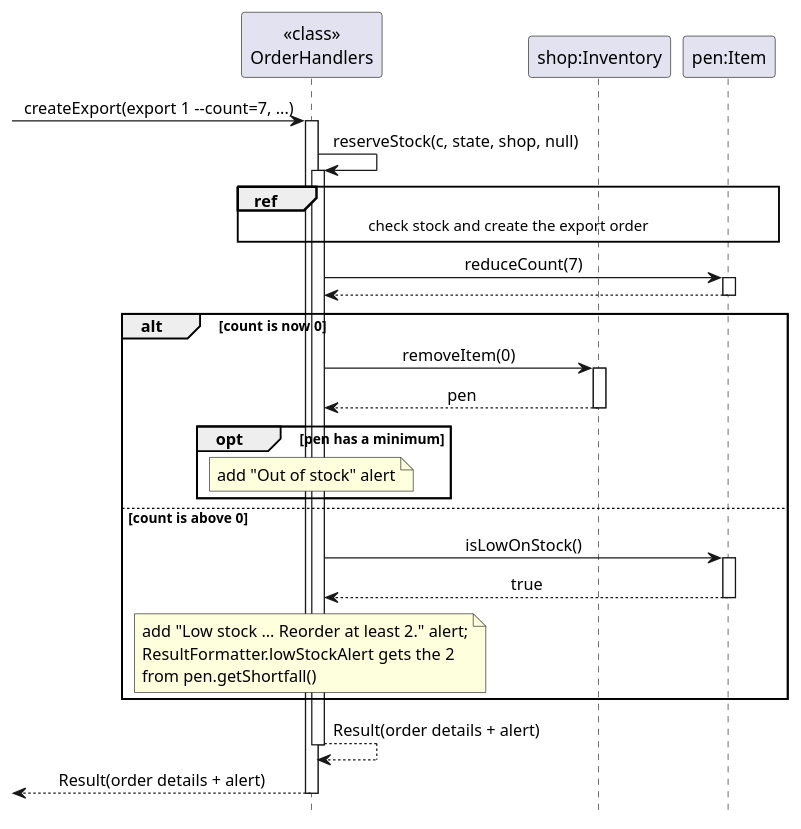
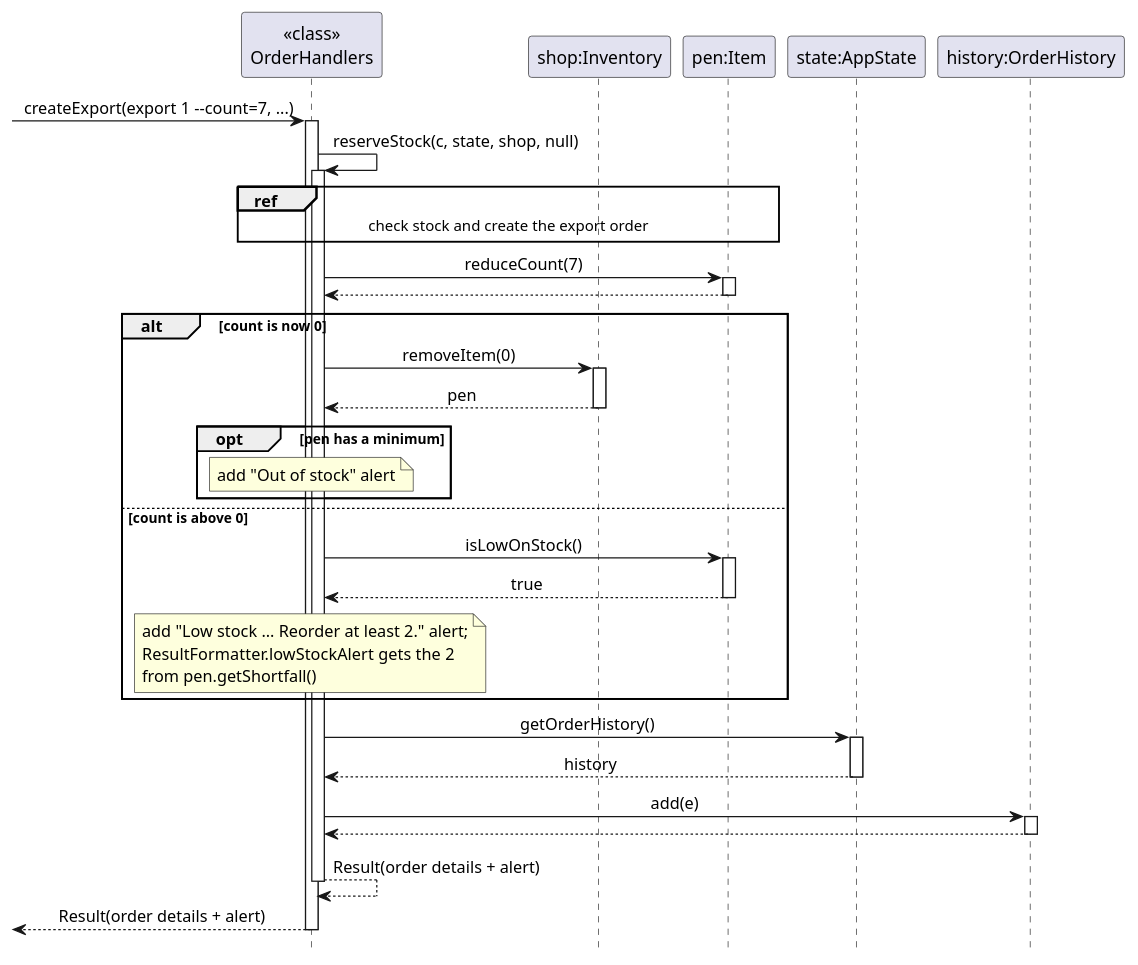
The diagram in docs/diagrams/LowStockExportSequence.puml (AY2627S1-CS2113-W14-4/tp), drawn with PlantUML before and after one commit. The commit also changed 1 other file, not shown here.

Commit message:
Show export order being added to order history

```diff
--- a/docs/diagrams/LowStockExportSequence.puml
+++ b/docs/diagrams/LowStockExportSequence.puml
@@ -1,45 +1,56 @@
 @startuml
 hide footbox
 skinparam sequenceMessageAlign center
 
 participant "<<class>>\nOrderHandlers" as Processor
 participant "shop:Inventory" as Inventory
 participant "pen:Item" as Item
+participant "state:AppState" as State
+participant "history:OrderHistory" as History
 
 [-> Processor : createExport(export 1 --count=7, ...)
 activate Processor
 Processor -> Processor : reserveStock(c, state, shop, null)
 activate Processor
 
 ref over Processor, Item : check stock and create the export order
 
 Processor -> Item : reduceCount(7)
 activate Item
 Item --> Processor
 deactivate Item
 
 alt count is now 0
     Processor -> Inventory : removeItem(0)
     activate Inventory
     Inventory --> Processor : pen
     deactivate Inventory
     opt pen has a minimum
         note over Processor : add "Out of stock" alert
     end
 else count is above 0
     Processor -> Item : isLowOnStock()
     activate Item
     Item --> Processor : true
     deactivate Item
     note over Processor
         add "Low stock ... Reorder at least 2." alert;
         ResultFormatter.lowStockAlert gets the 2
         from pen.getShortfall()
     end note
 end
 
+Processor -> State : getOrderHistory()
+activate State
+State --> Processor : history
+deactivate State
+Processor -> History : add(e)
+activate History
+History --> Processor
+deactivate History
+
 Processor --> Processor : Result(order details + alert)
 deactivate Processor
 [<-- Processor : Result(order details + alert)
 deactivate Processor
 @enduml
```
